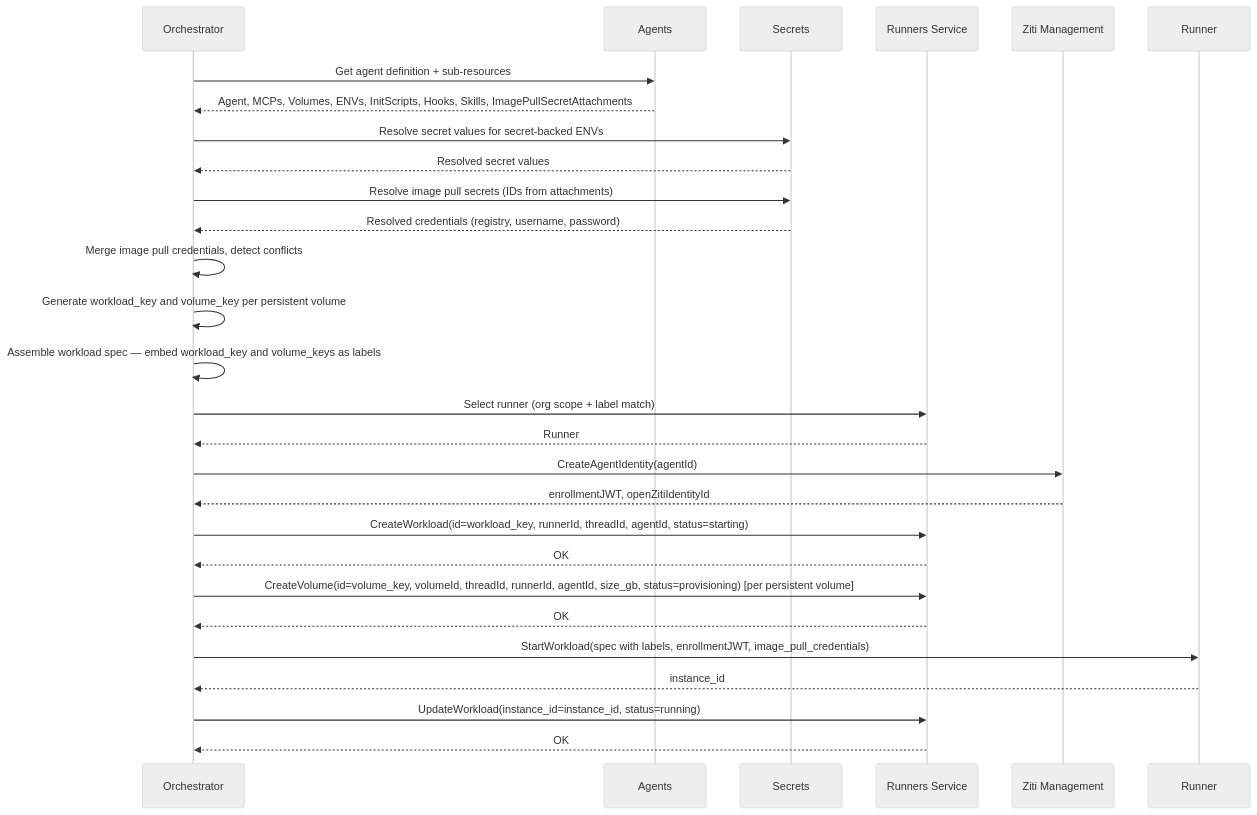
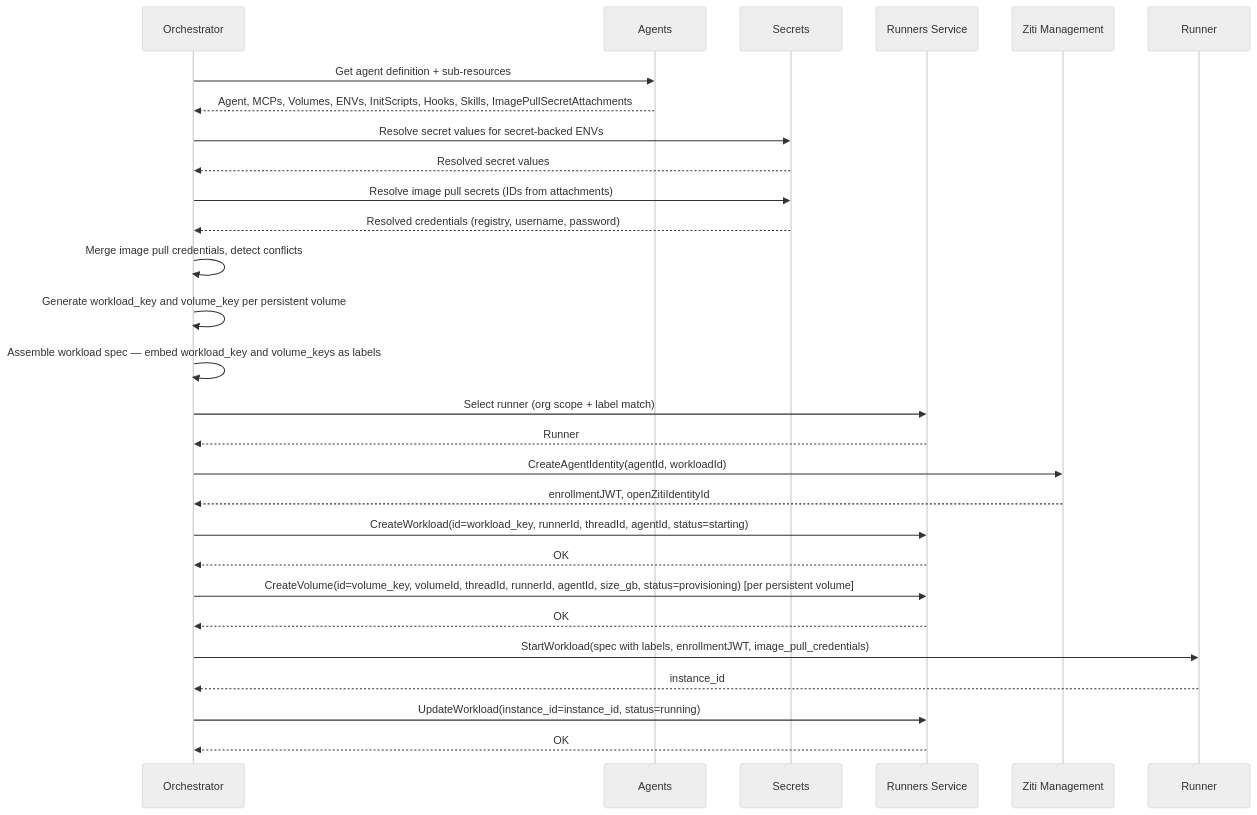
The third of 4 diagrams in architecture/agents-orchestrator.md (agynio/architecture), drawn with Mermaid (neutral theme) before and after one commit. The commit also changed 2 other files, not shown here.

Commit message:
Fix workload ziti identity

````diff
--- a/architecture/agents-orchestrator.md
+++ b/architecture/agents-orchestrator.md
@@ -94,31 +94,31 @@
 ```mermaid
 sequenceDiagram
     participant O as Orchestrator
     participant T as Agents
     participant S as Secrets
     participant RS as Runners Service
     participant ZM as Ziti Management
     participant R as Runner
 
     O->>T: Get agent definition + sub-resources
     T-->>O: Agent, MCPs, Volumes, ENVs, InitScripts, Hooks, Skills, ImagePullSecretAttachments
     O->>S: Resolve secret values for secret-backed ENVs
     S-->>O: Resolved secret values
     O->>S: Resolve image pull secrets (IDs from attachments)
     S-->>O: Resolved credentials (registry, username, password)
     O->>O: Merge image pull credentials, detect conflicts
     O->>O: Generate workload_key and volume_key per persistent volume
     O->>O: Assemble workload spec — embed workload_key and volume_keys as labels
     O->>RS: Select runner (org scope + label match)
     RS-->>O: Runner
-    O->>ZM: CreateAgentIdentity(agentId)
+    O->>ZM: CreateAgentIdentity(agentId, workloadId)
     ZM-->>O: enrollmentJWT, openZitiIdentityId
     O->>RS: CreateWorkload(id=workload_key, runnerId, threadId, agentId, status=starting)
     RS-->>O: OK
     O->>RS: CreateVolume(id=volume_key, volumeId, threadId, runnerId, agentId, size_gb, status=provisioning) [per persistent volume]
     RS-->>O: OK
     O->>R: StartWorkload(spec with labels, enrollmentJWT, image_pull_credentials)
     R-->>O: instance_id
     O->>RS: UpdateWorkload(instance_id=instance_id, status=running)
     RS-->>O: OK
 ```
````
